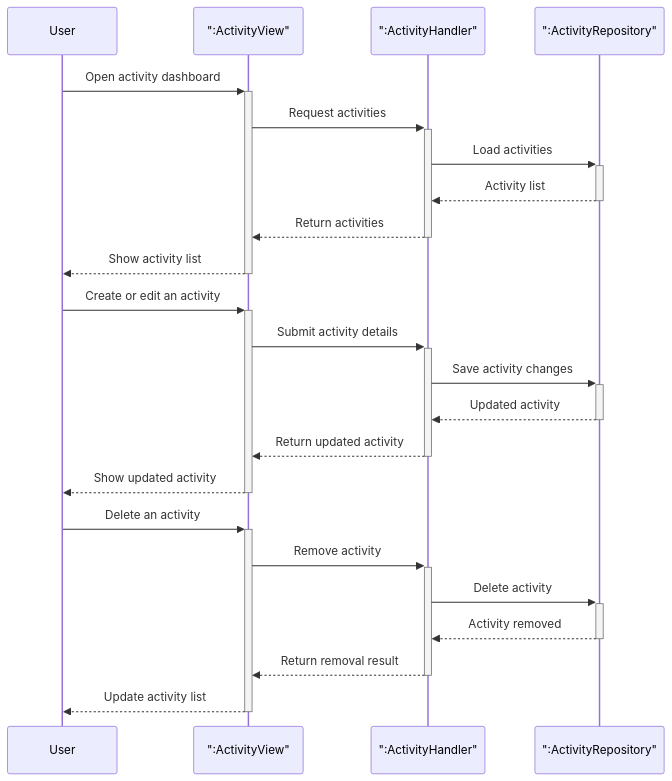
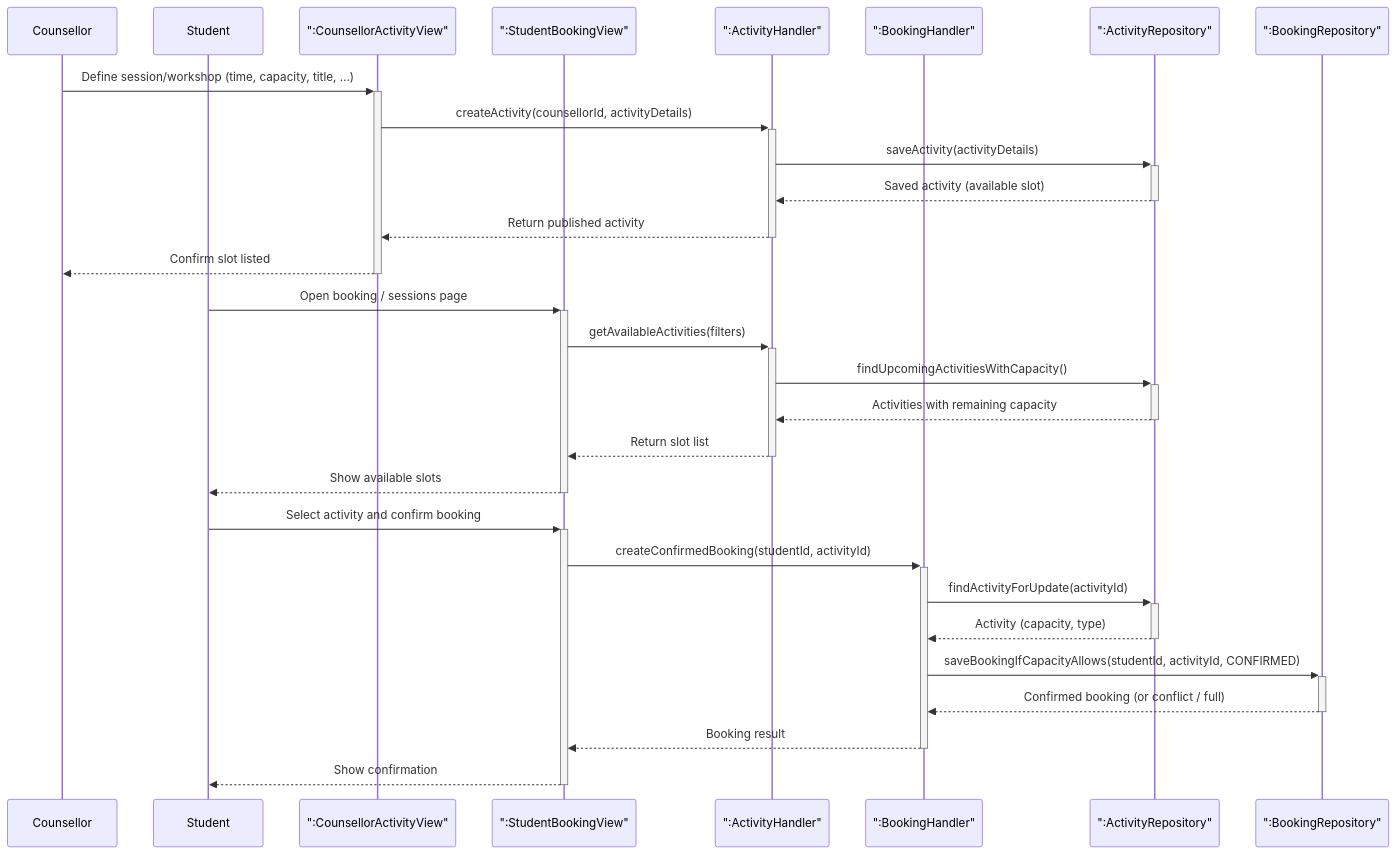
The diagram in docs/sequence-diagrams/feature-2-activity-lifecycle.md (sandyleedev/student-mental-support-app), drawn with Mermaid before and after one commit. The commit also changed other lines of this file and 11 other files, not shown here.

First line of the commit message:
Chore/bus 71 refine diagrams (#34)

````diff
--- a/docs/sequence-diagrams/feature-2-activity-lifecycle.md
+++ b/docs/sequence-diagrams/feature-2-activity-lifecycle.md
@@ -5,31 +5,37 @@
 ```mermaid
 sequenceDiagram
-    participant User
-    participant activityView as ":ActivityView"
+    participant Counsellor
+    participant Student
+    participant counsellorActivityView as ":CounsellorActivityView"
+    participant studentBookingView as ":StudentBookingView"
     participant activityHandler as ":ActivityHandler"
+    participant bookingHandler as ":BookingHandler"
     participant activityRepository as ":ActivityRepository"
+    participant bookingRepository as ":BookingRepository"
 
-    %% Flow 1 - Browse activities
-    User->>+activityView: Open activity dashboard
-    activityView->>+activityHandler: Request activities
-    activityHandler->>+activityRepository: Load activities
-    activityRepository-->>-activityHandler: Activity list
-    activityHandler-->>-activityView: Return activities
-    activityView-->>-User: Show activity list
+    %% a–b Counsellor creates available slots (activities)
+    Counsellor->>+counsellorActivityView: Define session/workshop (time, capacity, title, …)
+    counsellorActivityView->>+activityHandler: createActivity(counsellorId, activityDetails)
+    activityHandler->>+activityRepository: saveActivity(activityDetails)
+    activityRepository-->>-activityHandler: Saved activity (available slot)
+    activityHandler-->>-counsellorActivityView: Return published activity
+    counsellorActivityView-->>-Counsellor: Confirm slot listed
 
-    %% Flow 2 - Create or update an activity
-    User->>+activityView: Create or edit an activity
-    activityView->>+activityHandler: Submit activity details
-    activityHandler->>+activityRepository: Save activity changes
-    activityRepository-->>-activityHandler: Updated activity
-    activityHandler-->>-activityView: Return updated activity
-    activityView-->>-User: Show updated activity
+    %% c Student retrieves available slots
+    Student->>+studentBookingView: Open booking / sessions page
+    studentBookingView->>+activityHandler: getAvailableActivities(filters)
+    activityHandler->>+activityRepository: findUpcomingActivitiesWithCapacity()
+    activityRepository-->>-activityHandler: Activities with remaining capacity
+    activityHandler-->>-studentBookingView: Return slot list
+    studentBookingView-->>-Student: Show available slots
 
-    %% Flow 3 - Remove an activity
-    User->>+activityView: Delete an activity
-    activityView->>+activityHandler: Remove activity
-    activityHandler->>+activityRepository: Delete activity
-    activityRepository-->>-activityHandler: Activity removed
-    activityHandler-->>-activityView: Return removal result
-    activityView-->>-User: Update activity list
+    %% d–e Student selects slot and booking is confirmed
+    Student->>+studentBookingView: Select activity and confirm booking
+    studentBookingView->>+bookingHandler: createConfirmedBooking(studentId, activityId)
+    bookingHandler->>+activityRepository: findActivityForUpdate(activityId)
+    activityRepository-->>-bookingHandler: Activity (capacity, type)
+    bookingHandler->>+bookingRepository: saveBookingIfCapacityAllows(studentId, activityId, CONFIRMED)
+    bookingRepository-->>-bookingHandler: Confirmed booking (or conflict / full)
+    bookingHandler-->>-studentBookingView: Booking result
+    studentBookingView-->>-Student: Show confirmation
 ```
````
